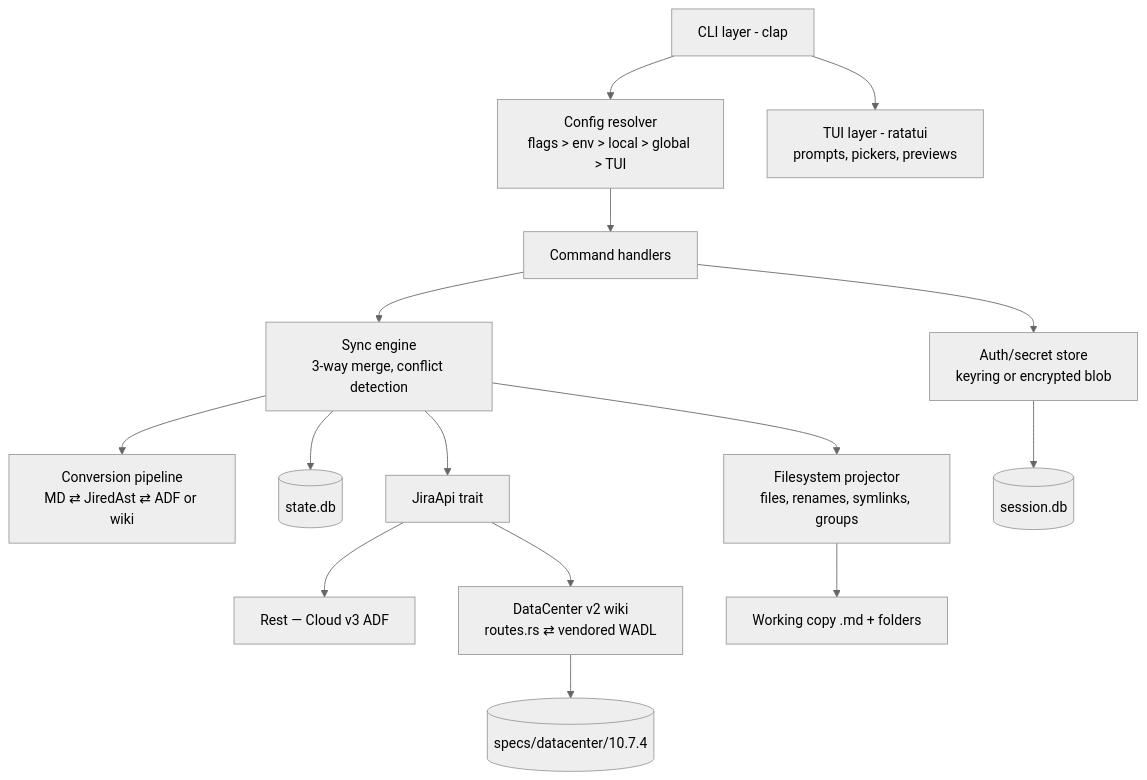
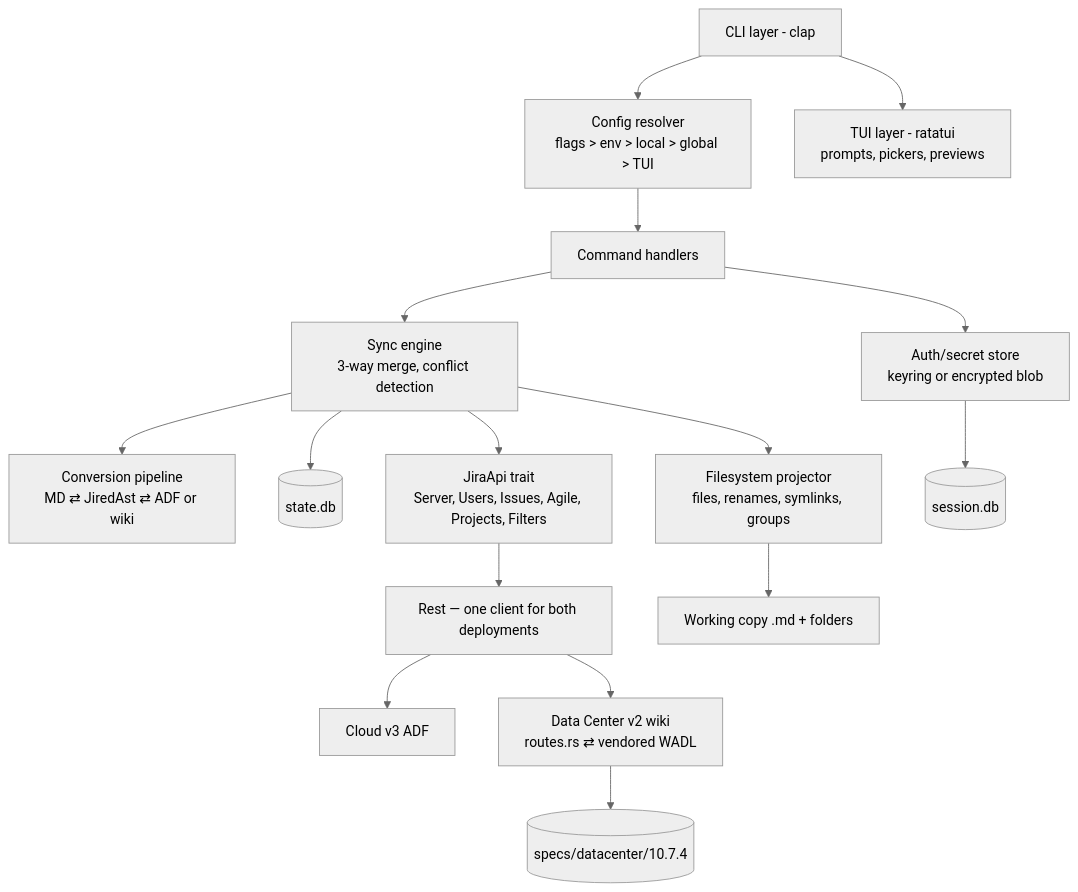
One commit to hxmn/jired changed the diagram in docs/plan/architecture.md. Above: the diagram before and after it, drawn with Mermaid (neutral theme). The commit also changed other lines of this file, not shown here.

First line of the commit message:
docs(architecture): the layering as it now is, and the test that holds it

````diff
--- a/docs/plan/architecture.md
+++ b/docs/plan/architecture.md
@@ -5,17 +5,18 @@
 ```mermaid
 graph TD
     CLI[CLI layer - clap] --> RES[Config resolver<br/>flags > env > local > global > TUI]
     CLI --> TUI[TUI layer - ratatui<br/>prompts, pickers, previews]
     RES --> CMD[Command handlers]
     CMD --> SYNC[Sync engine<br/>3-way merge, conflict detection]
     CMD --> AUTH[Auth/secret store<br/>keyring or encrypted blob]
     SYNC --> CONV[Conversion pipeline<br/>MD ⇄ JiredAst ⇄ ADF or wiki]
     SYNC --> STATE[(state.db)]
     AUTH --> SESS[(session.db)]
-    SYNC --> API[JiraApi trait]
-    API --> CLOUD[Rest — Cloud v3 ADF]
-    API --> DC[DataCenter v2 wiki<br/>routes.rs ⇄ vendored WADL]
+    SYNC --> API[JiraApi trait<br/>Server, Users, Issues, Agile, Projects, Filters]
+    API --> REST[Rest — one client for both deployments]
+    REST --> CLOUD[Cloud v3 ADF]
+    REST --> DC[Data Center v2 wiki<br/>routes.rs ⇄ vendored WADL]
     DC --> SPEC[(specs/datacenter/10.7.4)]
     SYNC --> PROJ[Filesystem projector<br/>files, renames, symlinks, groups]
     PROJ --> FS[Working copy .md + folders]
 ```
````
